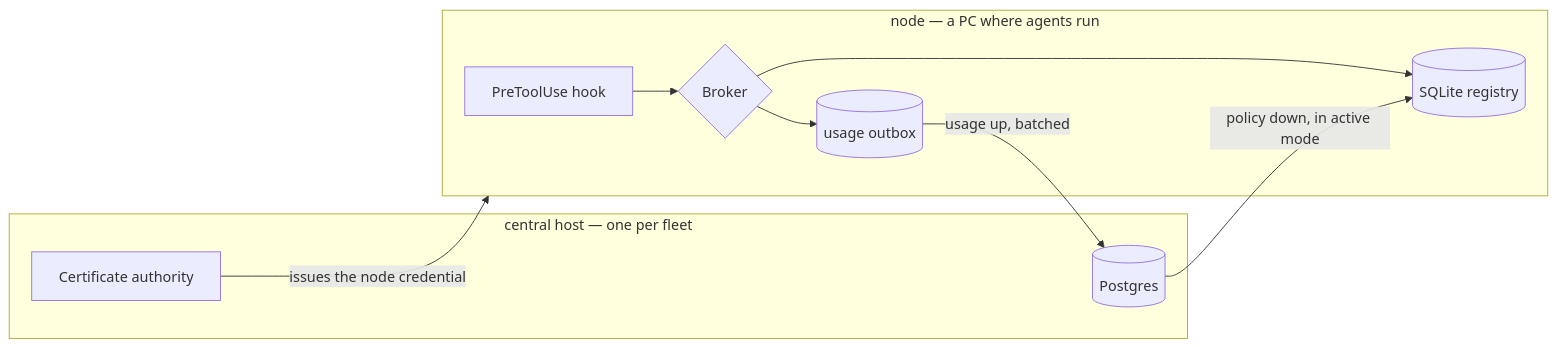
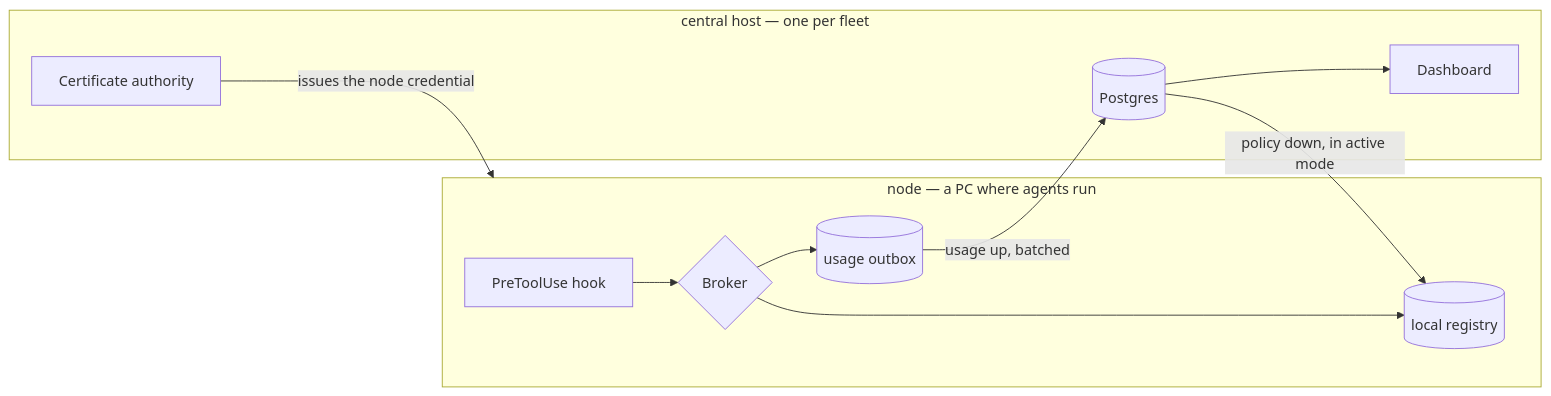
One commit to ejbrahms/Windrow changed the second of 2 diagrams in README.md. Above: the diagram before and after it, drawn with Mermaid. The commit also changed other lines of this file, not shown here.

First line of the commit message:
Update the README to match the current architecture

````diff
--- a/README.md
+++ b/README.md
@@ -76,15 +83,17 @@
 ```mermaid
 flowchart LR
   subgraph Node["node — a PC where agents run"]
     H[PreToolUse hook] --> B{Broker}
-    B --> R[(SQLite registry)]
+    B --> R[(local registry)]
     B --> O[(usage outbox)]
   end
   subgraph Central["central host — one per fleet"]
     P[(Postgres)]
     CA[Certificate authority]
+    D[Dashboard]
   end
   O -->|usage up, batched| P
   P -->|policy down, in active mode| R
+  P --> D
   CA -->|issues the node credential| Node
 ```
````
